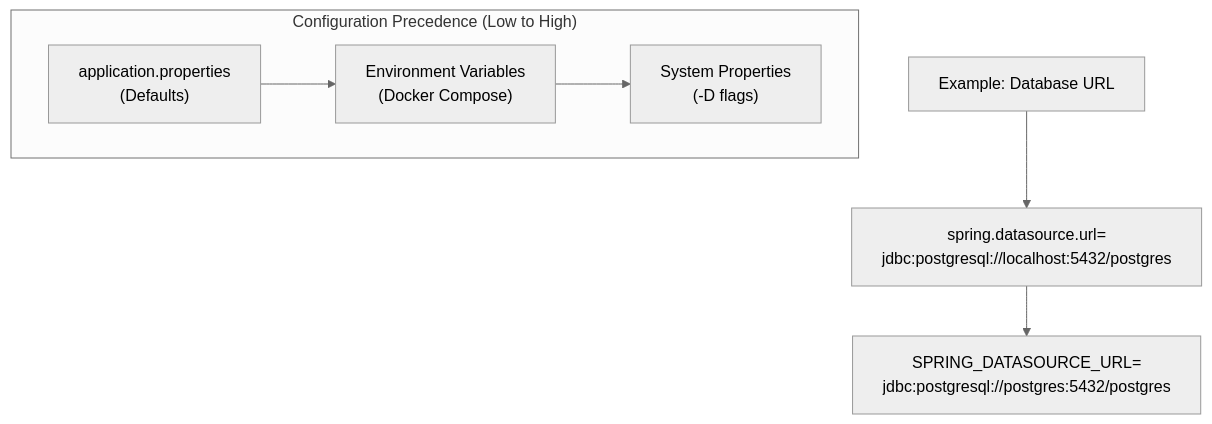
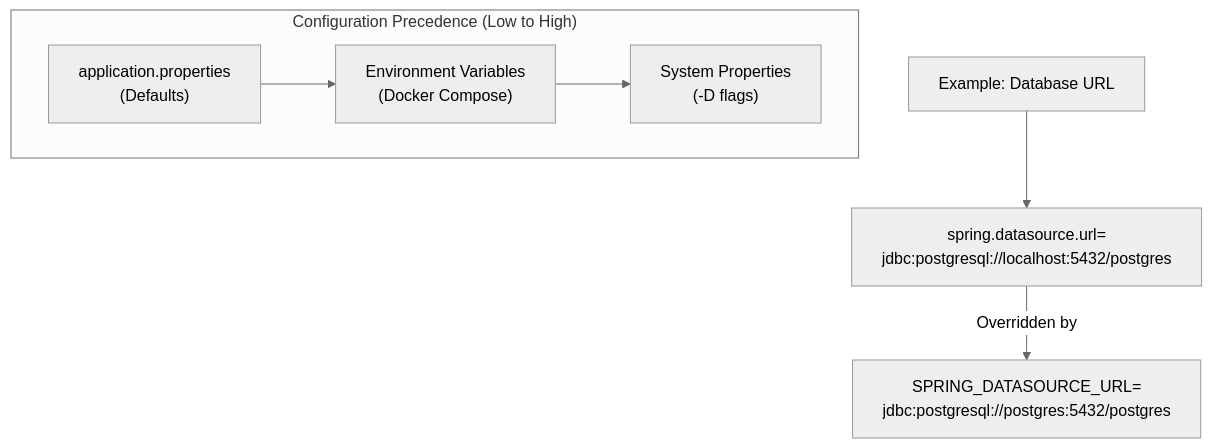
The seventh of 7 diagrams in docs/deepwiki/Deployment-and-Infrastructure.md (philipz/spring-modular-monolith), drawn with Mermaid (neutral theme) before and after one commit. The commit also changed other lines of this file and 55 other files, not shown here.

````diff
--- a/docs/deepwiki/Deployment-and-Infrastructure.md
+++ b/docs/deepwiki/Deployment-and-Infrastructure.md
@@ -1087,21 +1087,21 @@
 ```mermaid
 flowchart TD
 
 appProps["application.properties<br>(Defaults)"]
 envVars["Environment Variables<br>(Docker Compose)"]
 sysProps["System Properties<br>(-D flags)"]
 example1["Example: Database URL"]
 appPropsValue["spring.datasource.url=<br>jdbc:postgresql://localhost:5432/postgres"]
 envVarsValue["SPRING_DATASOURCE_URL=<br>jdbc:postgresql://postgres:5432/postgres"]
 
 example1 --> appPropsValue
-appPropsValue --> envVarsValue
+appPropsValue -->|"Overridden by"| envVarsValue
 
 subgraph subGraph0 ["Configuration Precedence (Low to High)"]
     appProps
     envVars
     sysProps
     appProps --> envVars
     envVars --> sysProps
 end
 ```
````
